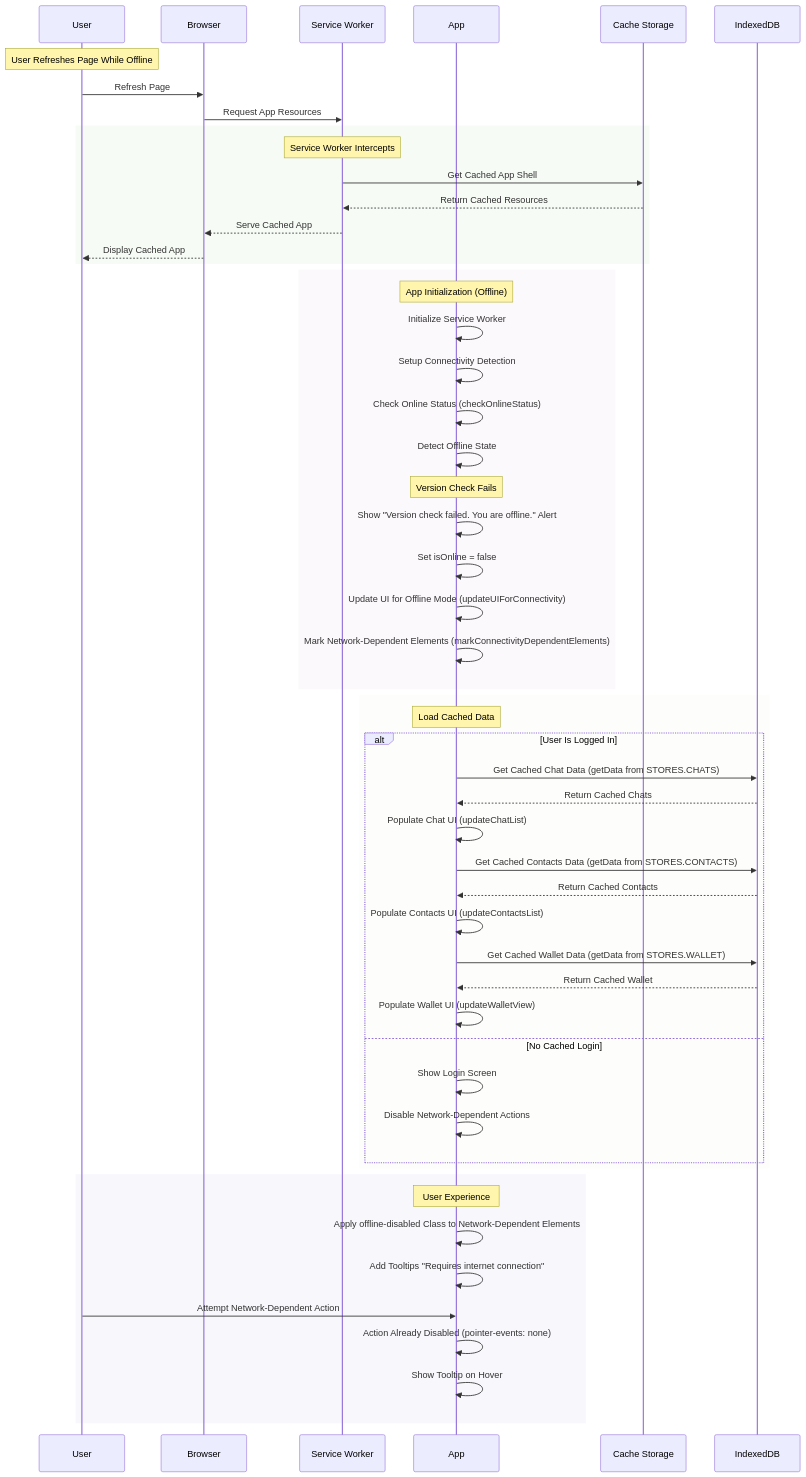
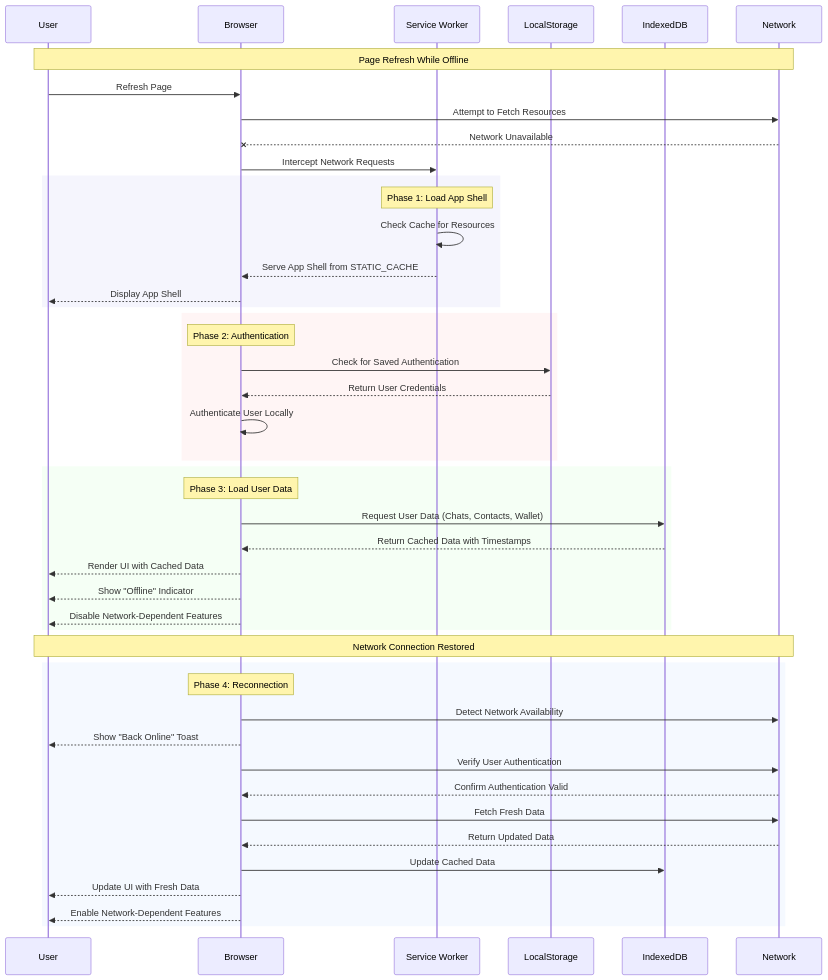
The fourth of 4 diagrams in data_structures_flow/offline-fliw.md (silver83p/web-client-v2), drawn with Mermaid before and after one commit. The commit also changed other lines of this file, not shown here.

Commit message:
Enhance offline-first strategy with comprehensive implementation details

````diff
--- a/data_structures_flow/offline-fliw.md
+++ b/data_structures_flow/offline-fliw.md
@@ -645,67 +922,54 @@
 ```mermaid
 sequenceDiagram
     participant U as User
     participant B as Browser
     participant SW as Service Worker
-    participant A as App
-    participant C as Cache Storage
+    participant LS as LocalStorage
     participant IDB as IndexedDB
+    participant N as Network
 
-    Note over U: User Refreshes Page While Offline
+    Note over U,N: Page Refresh While Offline
 
     U->>B: Refresh Page
-    B->>SW: Request App Resources
+    B->>N: Attempt to Fetch Resources
+    N--xB: Network Unavailable
+    B->>SW: Intercept Network Requests
 
-    rect rgba(200, 230, 200, 0.16)
-        Note over SW: Service Worker Intercepts
-        SW->>C: Get Cached App Shell
-        C-->>SW: Return Cached Resources
-        SW-->>B: Serve Cached App
-        B-->>U: Display Cached App
+    rect rgba(230, 230, 250, 0.4)
+        Note over SW: Phase 1: Load App Shell
+        SW->>SW: Check Cache for Resources
+        SW-->>B: Serve App Shell from STATIC_CACHE
+        B-->>U: Display App Shell
     end
 
-    rect rgba(230, 200, 230, 0.12)
-        Note over A: App Initialization (Offline)
-        A->>A: Initialize Service Worker
-        A->>A: Setup Connectivity Detection
-        A->>A: Check Online Status (checkOnlineStatus)
-        A->>A: Detect Offline State
-
-        Note over A: Version Check Fails
-        A->>A: Show "Version check failed. You are offline." Alert
-        A->>A: Set isOnline = false
-        A->>A: Update UI for Offline Mode (updateUIForConnectivity)
-        A->>A: Mark Network-Dependent Elements (markConnectivityDependentElements)
+    rect rgba(255, 230, 230, 0.4)
+        Note over B: Phase 2: Authentication
+        B->>LS: Check for Saved Authentication
+        LS-->>B: Return User Credentials
+        B->>B: Authenticate User Locally
     end
 
-    rect rgba(230, 230, 200, 0.08)
-        Note over A: Load Cached Data
-
-        alt User Is Logged In
-            A->>IDB: Get Cached Chat Data (getData from STORES.CHATS)
-            IDB-->>A: Return Cached Chats
-            A->>A: Populate Chat UI (updateChatList)
-
-            A->>IDB: Get Cached Contacts Data (getData from STORES.CONTACTS)
-            IDB-->>A: Return Cached Contacts
-            A->>A: Populate Contacts UI (updateContactsList)
-
-            A->>IDB: Get Cached Wallet Data (getData from STORES.WALLET)
-            IDB-->>A: Return Cached Wallet
-            A->>A: Populate Wallet UI (updateWalletView)
-        else No Cached Login
-            A->>A: Show Login Screen
-            A->>A: Disable Network-Dependent Actions
-        end
+    rect rgba(230, 255, 230, 0.4)
+        Note over B: Phase 3: Load User Data
+        B->>IDB: Request User Data (Chats, Contacts, Wallet)
+        IDB-->>B: Return Cached Data with Timestamps
+        B-->>U: Render UI with Cached Data
+        B-->>U: Show "Offline" Indicator
+        B-->>U: Disable Network-Dependent Features
     end
 
-    rect rgba(200, 200, 230, 0.14)
-        Note over A: User Experience
-        A->>A: Apply offline-disabled Class to Network-Dependent Elements
-        A->>A: Add Tooltips "Requires internet connection"
+    Note over U,N: Network Connection Restored
 
-        U->>A: Attempt Network-Dependent Action
-        A->>A: Action Already Disabled (pointer-events: none)
-        A->>A: Show Tooltip on Hover
+    rect rgba(230, 240, 255, 0.4)
+        Note over B: Phase 4: Reconnection
+        B->>N: Detect Network Availability
+        B-->>U: Show "Back Online" Toast
+        B->>N: Verify User Authentication
+        N-->>B: Confirm Authentication Valid
+        B->>N: Fetch Fresh Data
+        N-->>B: Return Updated Data
+        B->>IDB: Update Cached Data
+        B-->>U: Update UI with Fresh Data
+        B-->>U: Enable Network-Dependent Features
     end
 ```
````
